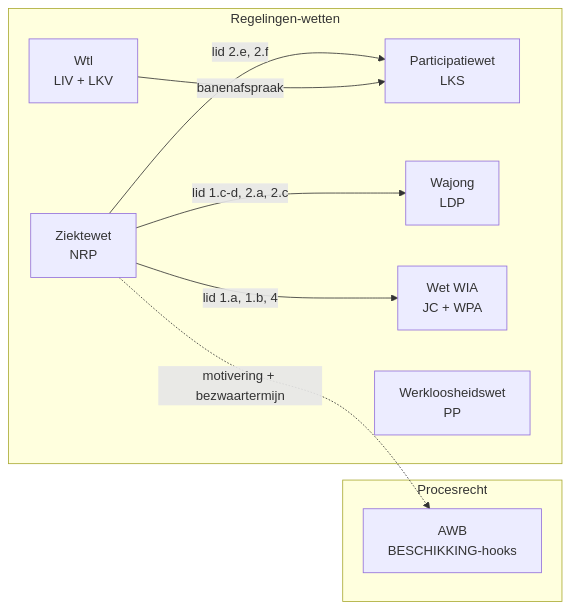
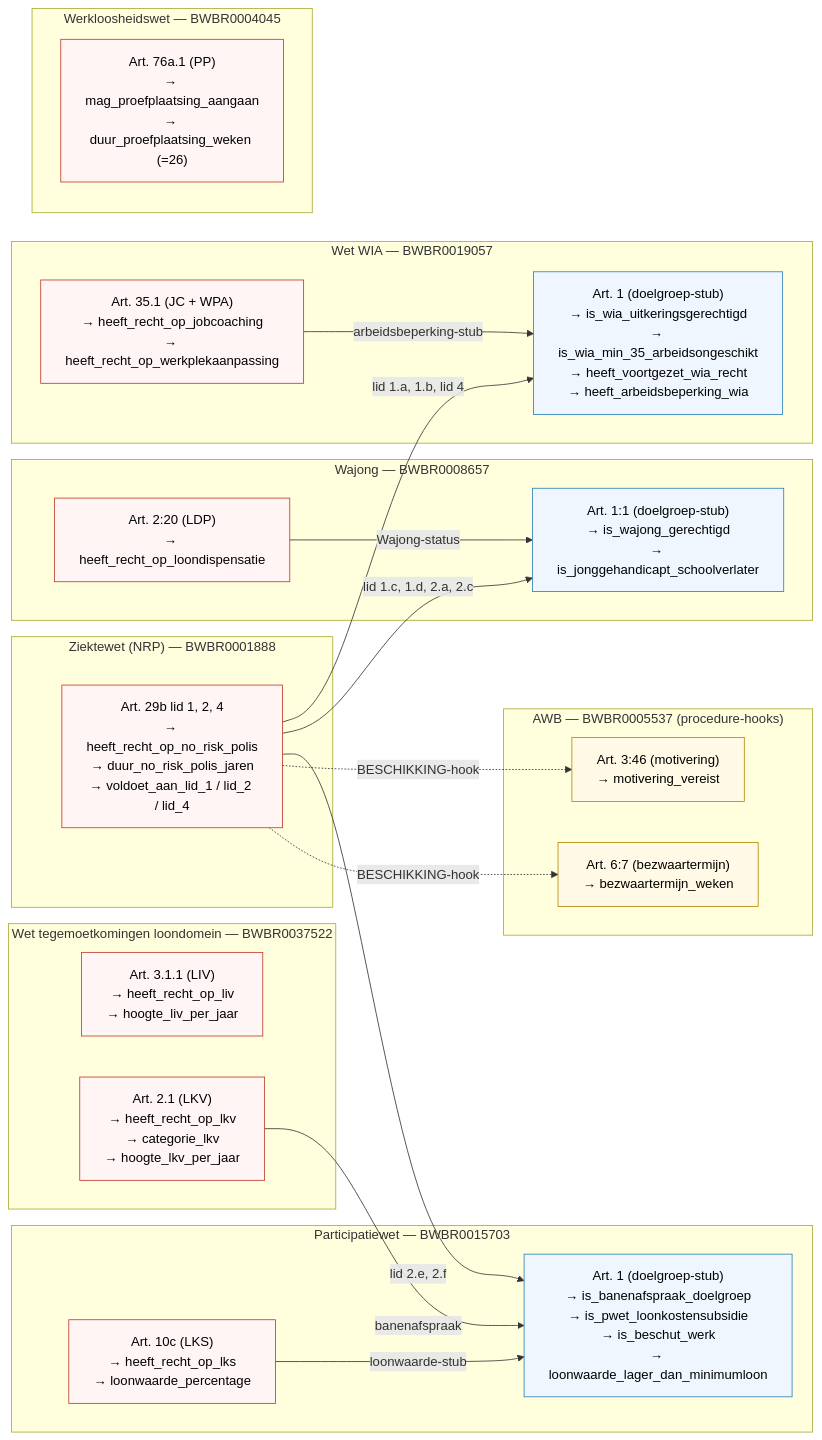
One commit to MinBZK/regelrecht changed the diagram in docs/financieel-cv/README.md. Above: the diagram before and after it, drawn with Mermaid. The commit also changed other lines of this file and 2 other files, not shown here.

Commit message:
docs(financieel-cv): mermaid + PNG van volledige Financieel CV-graph
Statische pendant van de editor LawGraphView, met alle 7 wetten op
artikel-niveau, output-namen en relatie-typen (cross-law sources,
BESCHIKKING-hooks). Te gebruiken naast de live editor-graph in
de demo voor de jurist.

````diff
--- a/docs/financieel-cv/README.md
+++ b/docs/financieel-cv/README.md
@@ -102,21 +104,58 @@
 ```mermaid
-graph LR
-  subgraph "Regelingen-wetten"
-    ZW[Ziektewet<br/>NRP]
-    WTL[Wtl<br/>LIV + LKV]
-    PW[Participatiewet<br/>LKS]
-    WAJ[Wajong<br/>LDP]
-    WIA[Wet WIA<br/>JC + WPA]
-    WW[Werkloosheidswet<br/>PP]
+flowchart LR
+  classDef regeling fill:#fff5f5,stroke:#c0392b,color:#000;
+  classDef bron fill:#f0f6ff,stroke:#2980b9,color:#000;
+  classDef proces fill:#fff9e6,stroke:#b58900,color:#000;
+
+  subgraph ZW["Ziektewet (NRP) — BWBR0001888"]
+    ZW_29b["Art. 29b lid 1, 2, 4<br/>→ heeft_recht_op_no_risk_polis<br/>→ duur_no_risk_polis_jaren<br/>→ voldoet_aan_lid_1 / lid_2 / lid_4"]
   end
 
-  subgraph "Procesrecht"
-    AWB[AWB<br/>BESCHIKKING-hooks]
+  subgraph WTL["Wet tegemoetkomingen loondomein — BWBR0037522"]
+    WTL_31["Art. 3.1.1 (LIV)<br/>→ heeft_recht_op_liv<br/>→ hoogte_liv_per_jaar"]
+    WTL_21["Art. 2.1 (LKV)<br/>→ heeft_recht_op_lkv<br/>→ categorie_lkv<br/>→ hoogte_lkv_per_jaar"]
   end
 
-  ZW -- "lid 1.a, 1.b, 4" --> WIA
-  ZW -- "lid 1.c-d, 2.a, 2.c" --> WAJ
-  ZW -- "lid 2.e, 2.f" --> PW
-  WTL -- "banenafspraak" --> PW
-  ZW -. "motivering + bezwaartermijn" .-> AWB
+  subgraph PW["Participatiewet — BWBR0015703"]
+    PW_1["Art. 1 (doelgroep-stub)<br/>→ is_banenafspraak_doelgroep<br/>→ is_pwet_loonkostensubsidie<br/>→ is_beschut_werk<br/>→ loonwaarde_lager_dan_minimumloon"]
+    PW_10c["Art. 10c (LKS)<br/>→ heeft_recht_op_lks<br/>→ loonwaarde_percentage"]
+  end
+
+  subgraph WAJ["Wajong — BWBR0008657"]
+    WAJ_11["Art. 1:1 (doelgroep-stub)<br/>→ is_wajong_gerechtigd<br/>→ is_jonggehandicapt_schoolverlater"]
+    WAJ_220["Art. 2:20 (LDP)<br/>→ heeft_recht_op_loondispensatie"]
+  end
+
+  subgraph WIA["Wet WIA — BWBR0019057"]
+    WIA_1["Art. 1 (doelgroep-stub)<br/>→ is_wia_uitkeringsgerechtigd<br/>→ is_wia_min_35_arbeidsongeschikt<br/>→ heeft_voortgezet_wia_recht<br/>→ heeft_arbeidsbeperking_wia"]
+    WIA_35["Art. 35.1 (JC + WPA)<br/>→ heeft_recht_op_jobcoaching<br/>→ heeft_recht_op_werkplekaanpassing"]
+  end
+
+  subgraph WW["Werkloosheidswet — BWBR0004045"]
+    WW_76a["Art. 76a.1 (PP)<br/>→ mag_proefplaatsing_aangaan<br/>→ duur_proefplaatsing_weken (=26)"]
+  end
+
+  subgraph AWB["AWB — BWBR0005537 (procedure-hooks)"]
+    AWB_346["Art. 3:46 (motivering)<br/>→ motivering_vereist"]
+    AWB_67["Art. 6:7 (bezwaartermijn)<br/>→ bezwaartermijn_weken"]
+  end
+
+  %% NRP cross-law sources
+  ZW_29b -- "lid 1.a, 1.b, lid 4" --> WIA_1
+  ZW_29b -- "lid 1.c, 1.d, 2.a, 2.c" --> WAJ_11
+  ZW_29b -- "lid 2.e, 2.f" --> PW_1
+
+  %% Skeletons cross- / intra-law sources
+  WTL_21 -- "banenafspraak" --> PW_1
+  PW_10c -- "loonwaarde-stub" --> PW_1
+  WAJ_220 -- "Wajong-status" --> WAJ_11
+  WIA_35  -- "arbeidsbeperking-stub" --> WIA_1
+
+  %% AWB hooks fire op elke BESCHIKKING (NRP is BESCHIKKING TOEKENNING)
+  ZW_29b -. "BESCHIKKING-hook" .-> AWB_346
+  ZW_29b -. "BESCHIKKING-hook" .-> AWB_67
+
+  class ZW_29b,WTL_31,WTL_21,PW_10c,WAJ_220,WIA_35,WW_76a regeling
+  class WIA_1,WAJ_11,PW_1 bron
+  class AWB_346,AWB_67 proces
 ```
````
